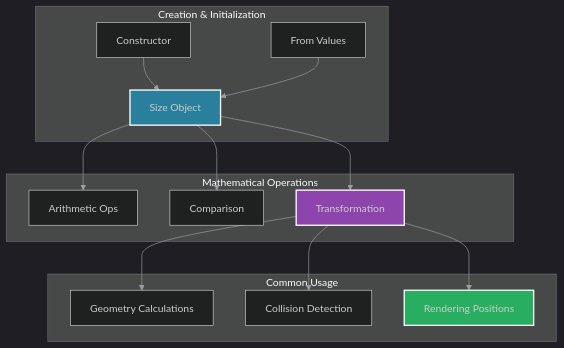
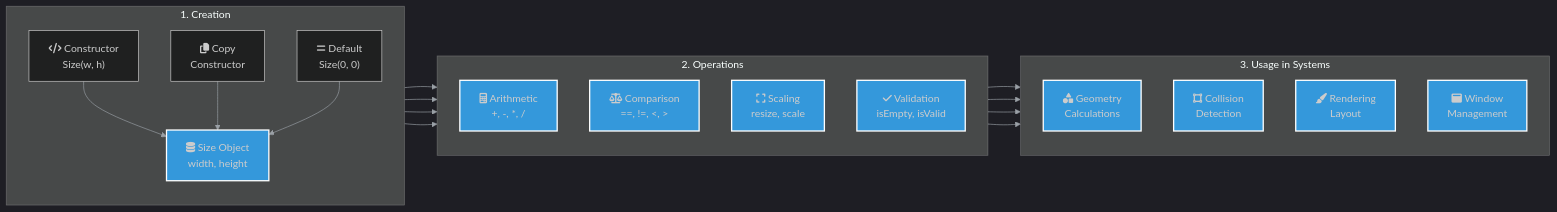
Before and after one commit to lukaszj321/otcv8-dev: the diagram in docs/authoring/01_core/api/cpp/framework/diagrams/size.mmd, drawn with Mermaid. The commit also changed 5 other files, not shown here.

First line of the commit message:
docs(diagrams): redesign 6 more diagrams with architectural layer system

```diff
--- a/docs/authoring/01_core/api/cpp/framework/diagrams/size.mmd
+++ b/docs/authoring/01_core/api/cpp/framework/diagrams/size.mmd
@@ -1,22 +1,30 @@
 %%{init: {'theme':'dark','themeVariables': {'primaryTextColor':'#ddd','lineColor':'#9aa0a6'},'securityLevel':'loose'}}%%
-graph TD
-    subgraph Creation["Creation & Initialization"]
-        A[Constructor] --> B[Size Object]
-        C[From Values] --> B
+graph LR
+    subgraph Creation["1. Creation"]
+        direction TB
+        A["fa:fa-code Constructor<br/>Size(w, h)"] --> D["fa:fa-database Size Object<br/>width, height"]
+        B["fa:fa-copy Copy<br/>Constructor"] --> D
+        C["fa:fa-equals Default<br/>Size(0, 0)"] --> D
     end
 
-    subgraph Operations["Mathematical Operations"]
-        B --> D[Arithmetic Ops]
-        B --> E[Comparison]
-        B --> F[Transformation]
+    subgraph Operations["2. Operations"]
+        direction TB
+        D --> E["fa:fa-calculator Arithmetic<br/>+, -, *, /"]
+        D --> F["fa:fa-balance-scale Comparison<br/>==, !=, <, >"]
+        D --> G["fa:fa-expand Scaling<br/>resize, scale"]
+        D --> H["fa:fa-check Validation<br/>isEmpty, isValid"]
     end
 
-    subgraph Usage["Common Usage"]
-        F --> G[Geometry Calculations]
-        F --> H[Collision Detection]
-        F --> I[Rendering Positions]
+    subgraph Usage["3. Usage in Systems"]
+        direction TB
+        E --> I["fa:fa-shapes Geometry<br/>Calculations"]
+        E --> J["fa:fa-vector-square Collision<br/>Detection"]
+        E --> K["fa:fa-paint-brush Rendering<br/>Layout"]
+        E --> L["fa:fa-window-maximize Window<br/>Management"]
     end
 
-    style B fill:#2a7f9c,stroke:#fff,stroke-width:2px
-    style F fill:#8e44ad,stroke:#fff,stroke-width:2px
-    style I fill:#27ae60,stroke:#fff,stroke-width:2px
+    %% Architectural Layer Colors
+    classDef core fill:#3498db,stroke:#fff,stroke-width:2px
+    
+    %% Apply styles
+    class D,E,F,G,H,I,J,K,L core
```
